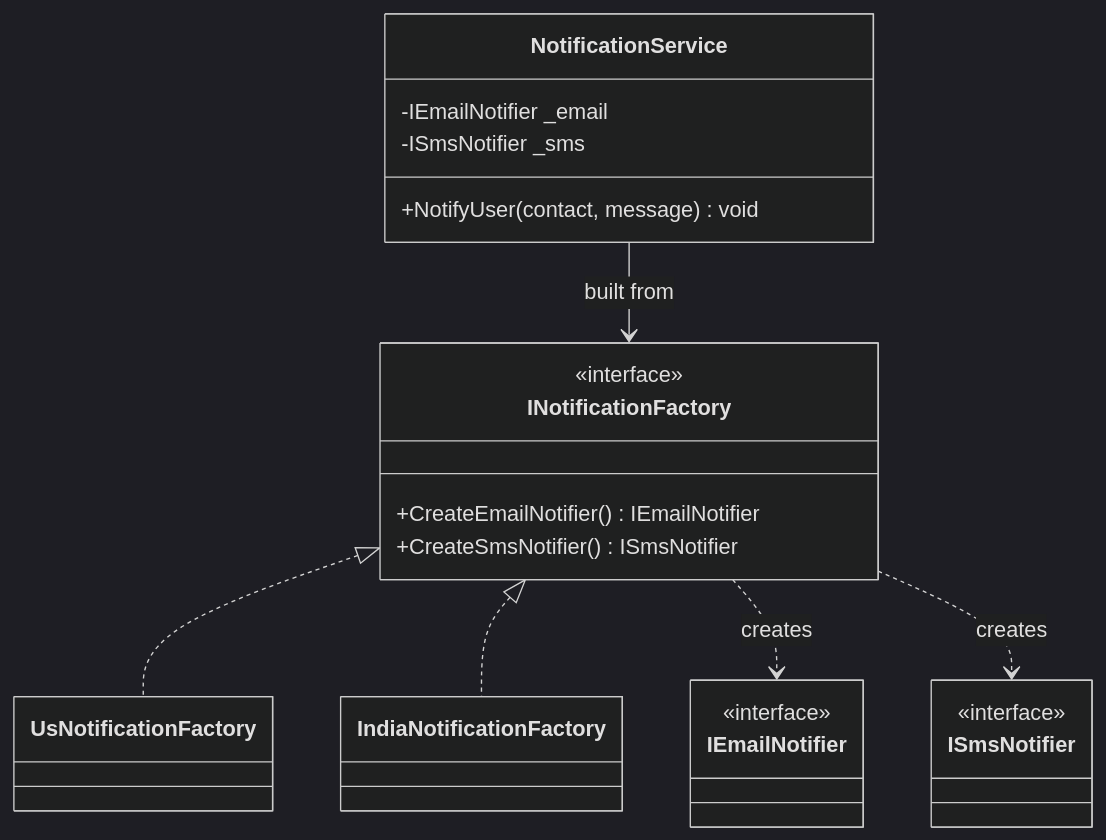
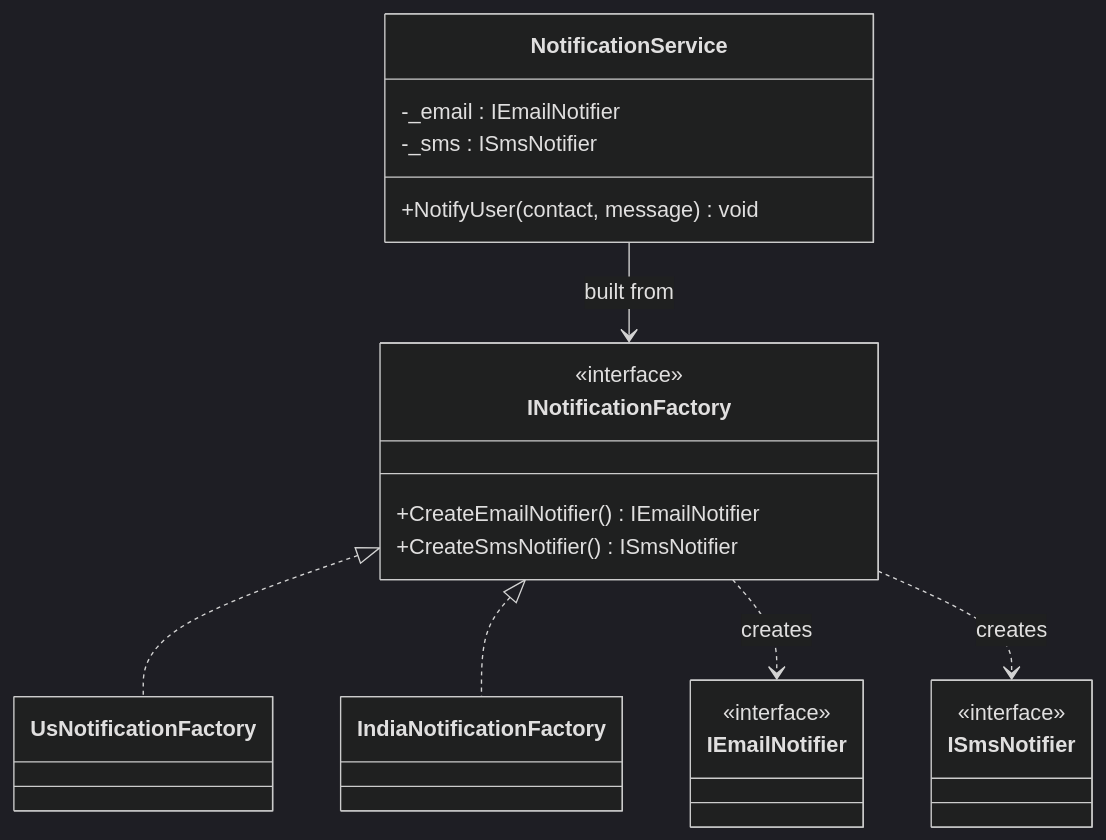
The diagram in 00-Foundations/04-Design-Patterns/Creational/AbstractFactory/notes.md (tushardongre1990/LLD-Claude), drawn with Mermaid (dark theme) before and after one commit. The commit also changed 19 other files, not shown here.

First line of the commit message:
docs(00-Foundations): fix mermaid attribute ordering to name : type

````diff
--- a/00-Foundations/04-Design-Patterns/Creational/AbstractFactory/notes.md
+++ b/00-Foundations/04-Design-Patterns/Creational/AbstractFactory/notes.md
@@ -10,24 +10,24 @@
 ```mermaid
 classDiagram
     class INotificationFactory {
         <<interface>>
         +CreateEmailNotifier() IEmailNotifier
         +CreateSmsNotifier() ISmsNotifier
     }
     class UsNotificationFactory
     class IndiaNotificationFactory
     INotificationFactory <|.. UsNotificationFactory
     INotificationFactory <|.. IndiaNotificationFactory
 
     class IEmailNotifier { <<interface>> }
     class ISmsNotifier { <<interface>> }
     INotificationFactory ..> IEmailNotifier : creates
     INotificationFactory ..> ISmsNotifier : creates
 
     class NotificationService {
-        -IEmailNotifier _email
-        -ISmsNotifier _sms
+        -_email : IEmailNotifier
+        -_sms : ISmsNotifier
         +NotifyUser(contact, message) void
     }
     NotificationService --> INotificationFactory : built from
 ```
````
